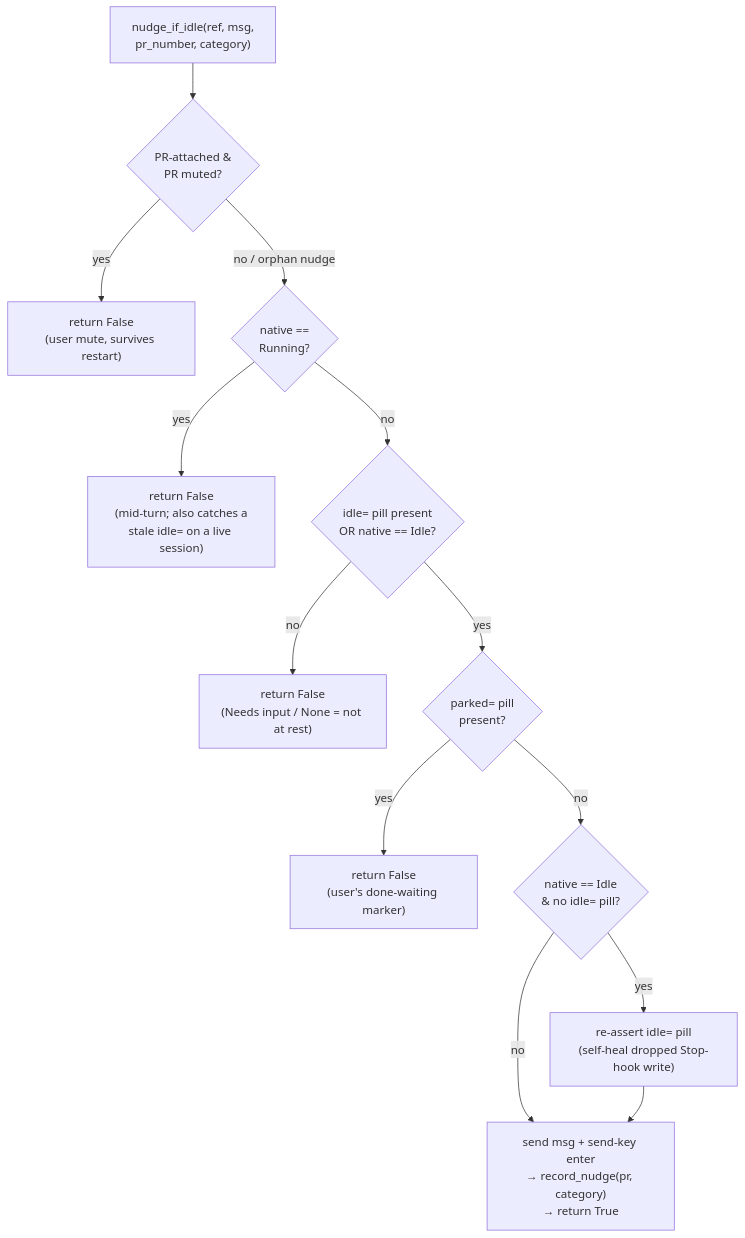
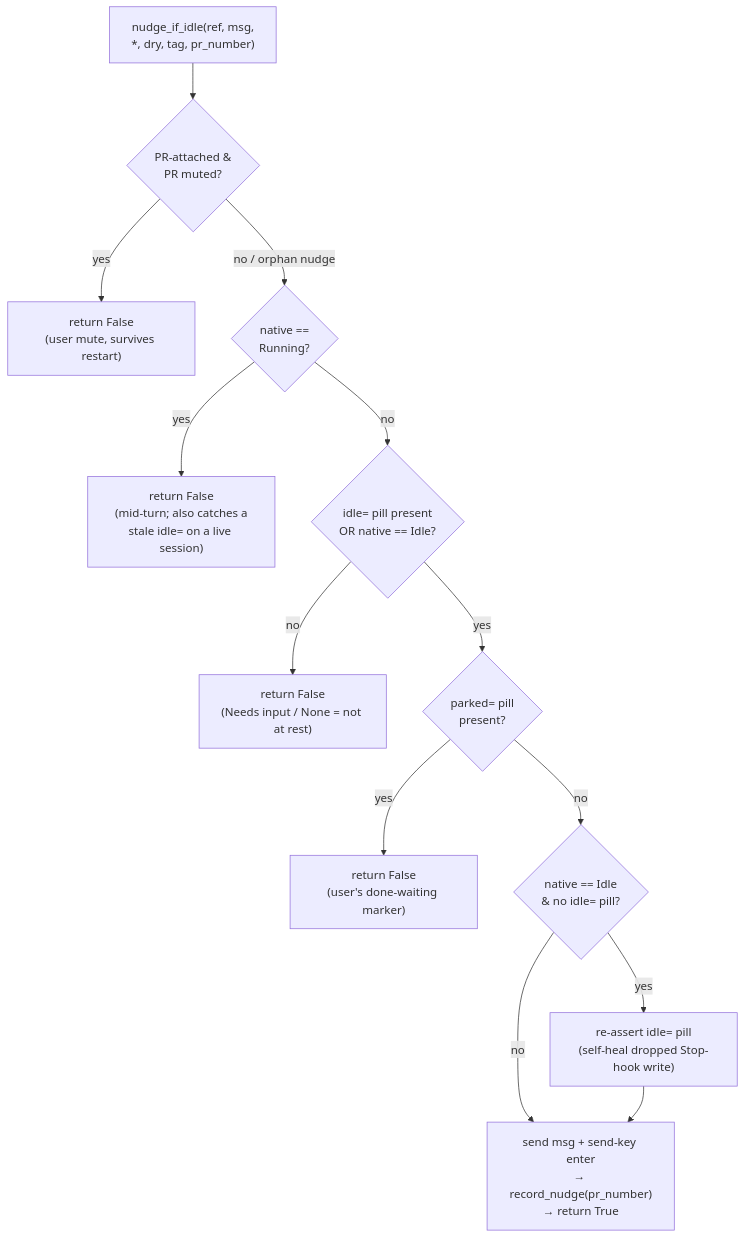
The fourth of 5 diagrams in docs/state-machine.md (khivi/cockpit), drawn with Mermaid before and after one commit. The commit also changed other lines of this file and 5 other files, not shown here.

First line of the commit message:
fix(config): ship + validate config.example.json; resync state-machine diagrams (#209)

````diff
--- a/docs/state-machine.md
+++ b/docs/state-machine.md
@@ -230,19 +230,19 @@
 ```mermaid
 flowchart TD
-  IN["nudge_if_idle(ref, msg,<br/>pr_number, category)"] --> G1{"PR-attached &<br/>PR muted?"}
+  IN["nudge_if_idle(ref, msg,<br/>*, dry, tag, pr_number)"] --> G1{"PR-attached &<br/>PR muted?"}
   G1 -->|yes| F1["return False<br/>(user mute, survives restart)"]
   G1 -->|"no / orphan nudge"| G2{"native ==<br/>Running?"}
 
   G2 -->|yes| F2["return False<br/>(mid-turn; also catches a<br/>stale idle= on a live session)"]
   G2 -->|no| G3{"idle= pill present<br/>OR native == Idle?"}
 
   G3 -->|no| F3["return False<br/>(Needs input / None = not at rest)"]
   G3 -->|yes| G4{"parked= pill<br/>present?"}
 
   G4 -->|yes| F4["return False<br/>(user's done-waiting marker)"]
   G4 -->|no| HEAL{"native == Idle<br/>& no idle= pill?"}
 
   HEAL -->|yes| SELFHEAL["re-assert idle= pill<br/>(self-heal dropped Stop-hook write)"]
   HEAL -->|no| FIRE
-  SELFHEAL --> FIRE["send msg + send-key enter<br/>→ record_nudge(pr, category)<br/>→ return True"]
+  SELFHEAL --> FIRE["send msg + send-key enter<br/>→ record_nudge(pr_number)<br/>→ return True"]
 ```
````
